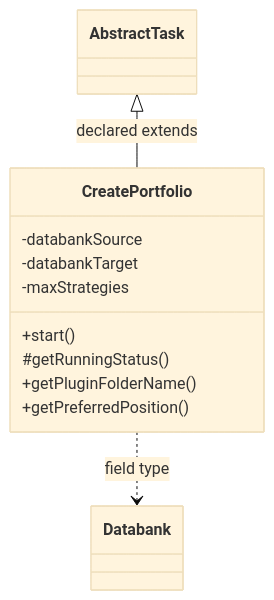
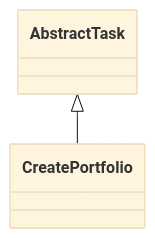
The diagram in docs/sqx/CustomProjects/TaskCreatePortfolio.md (haruperi/HaruQuantAI), drawn with Mermaid (base theme) before and after one commit. The commit also changed other lines of this file and 1688 other files, not shown here.

````diff
--- a/docs/sqx/CustomProjects/TaskCreatePortfolio.md
+++ b/docs/sqx/CustomProjects/TaskCreatePortfolio.md
@@ -30,16 +26,6 @@
 ```mermaid
 classDiagram
-    class Cc7633044df85["CreatePortfolio"] {
-        -databankSource
-        -databankTarget
-        -maxStrategies
-        +start()
-        #getRunningStatus()
-        +getPluginFolderName()
-        +getPreferredPosition()
-    }
-    class Cf1cf5abc550f["Databank"]
-    class Ce44d386802cb["AbstractTask"]
-    Ce44d386802cb <|-- Cc7633044df85 : declared extends
-    Cc7633044df85 ..> Cf1cf5abc550f : field type
+    class C0["CreatePortfolio"]
+    class E0["AbstractTask"]
+    E0 <|-- C0
 ```
````
